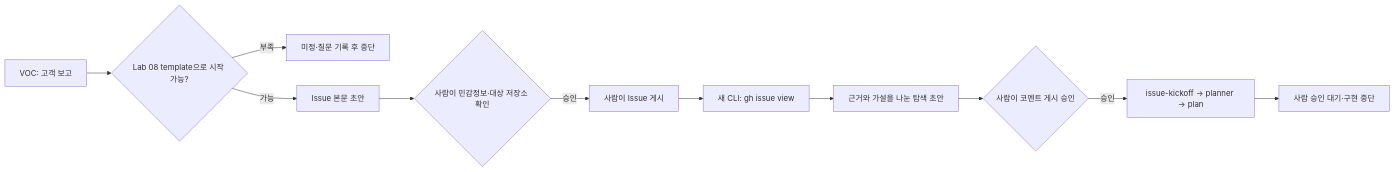
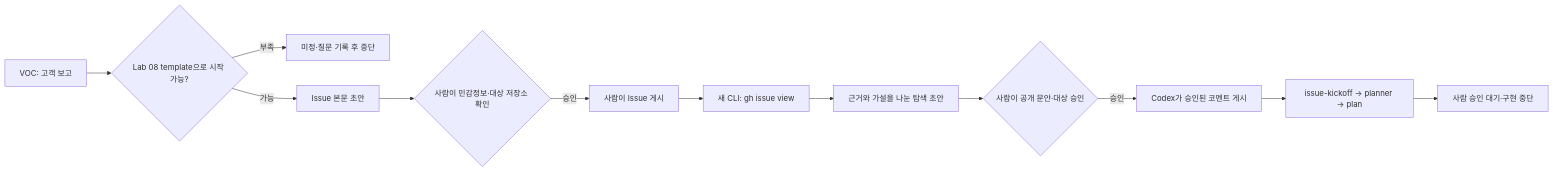
Before and after one commit to RainaKim/order-ops: the diagram in labs/lecture18/README.md, drawn with Mermaid. The commit also changed other lines of this file, not shown here.

Commit message:
docs: gate issue comments on approval

````diff
--- a/labs/lecture18/README.md
+++ b/labs/lecture18/README.md
@@ -77,13 +79,14 @@
 ```mermaid
 flowchart LR
   A[VOC: 고객 보고] --> B{Lab 08 template으로 시작 가능?}
   B -- 부족 --> X[미정·질문 기록 후 중단]
   B -- 가능 --> C[Issue 본문 초안]
   C --> D{사람이 민감정보·대상 저장소 확인}
   D -- 승인 --> E[사람이 Issue 게시]
   E --> F[새 CLI: gh issue view]
   F --> G[근거와 가설을 나눈 탐색 초안]
-  G --> H{사람이 코멘트 게시 승인}
-  H -- 승인 --> I[issue-kickoff → planner → plan]
-  I --> J[사람 승인 대기·구현 중단]
+  G --> H{사람이 공개 문안·대상 승인}
+  H -- 승인 --> I[Codex가 승인된 코멘트 게시]
+  I --> J[issue-kickoff → planner → plan]
+  J --> K[사람 승인 대기·구현 중단]
 ```
````
